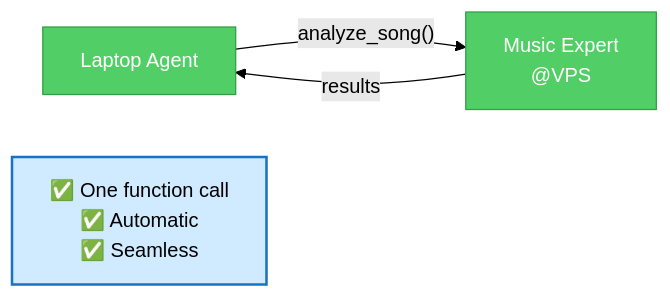
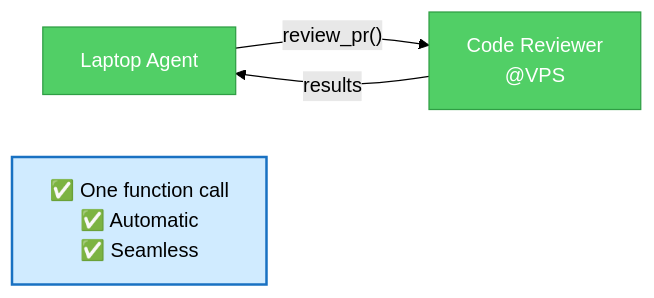
One commit to paprini/clawbridge changed the second of 8 diagrams in README.md. Above: the diagram before and after it, drawn with Mermaid (forest theme). The commit also changed other lines of this file, not shown here.

First line of the commit message:
Replace README: Remove all music references (generic examples)

````diff
--- a/README.md
+++ b/README.md
@@ -31,12 +31,12 @@
 ```mermaid
 graph LR
-    A[Laptop Agent] -->|"analyze_song()"| B[Music Expert<br/>@VPS]
+    A[Laptop Agent] -->|"review_pr()"| B[Code Reviewer<br/>@VPS]
     B -->|results| A
     
     style A fill:#51cf66,stroke:#2f9e44,color:#fff
     style B fill:#51cf66,stroke:#2f9e44,color:#fff
     
     Note[✅ One function call<br/>✅ Automatic<br/>✅ Seamless]
     
     style Note fill:#d0ebff,stroke:#1971c2,stroke-width:2px
 ```
````
